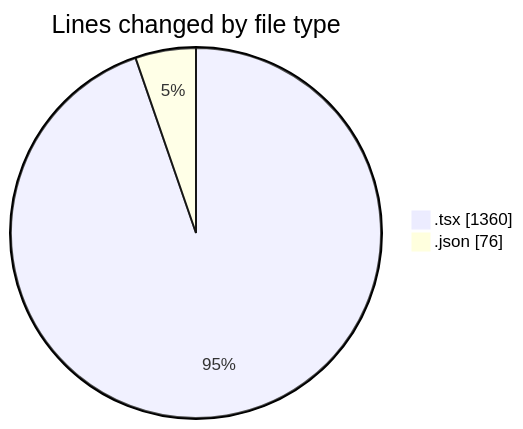
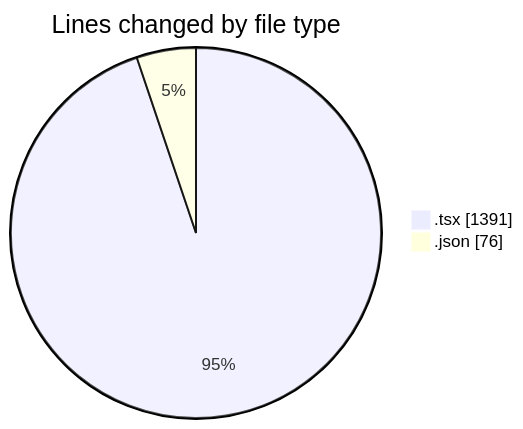
One commit to nxtqubesakshisongat/code-tracking changed the first of 2 diagrams in 2026-01-30/nxtqube_webapp/README.md. Above: the diagram before and after it, drawn with Mermaid. The commit also changed other lines of this file and 1 other file, not shown here.

````diff
--- a/2026-01-30/nxtqube_webapp/README.md
+++ b/2026-01-30/nxtqube_webapp/README.md
@@ -23,6 +23,6 @@
 ```mermaid
 pie showData
 title Lines changed by file type
-".tsx" : 1360
+".tsx" : 1391
 ".json" : 76
 ```
````
